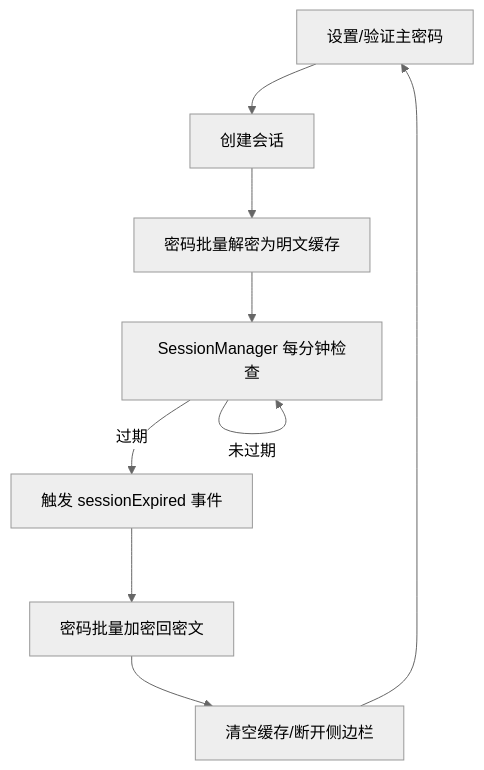
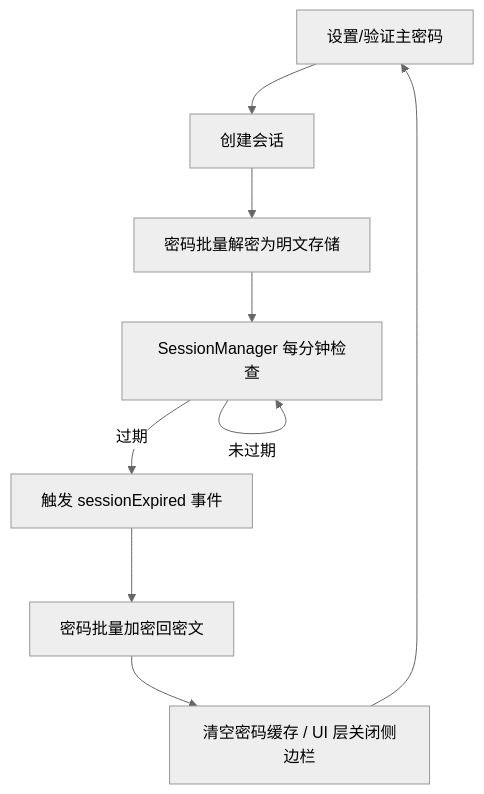
Before and after one commit to liaolongdong/account-password-helper: the second of 2 diagrams in README.md, drawn with Mermaid (neutral theme). The commit also changed other lines of this file, not shown here.

````diff
--- a/README.md
+++ b/README.md
@@ -184,11 +184,11 @@
 ```mermaid
 graph TB
     A[设置/验证主密码] --> B[创建会话]
-    B --> C[密码批量解密为明文缓存]
+    B --> C[密码批量解密为明文存储]
     C --> D[SessionManager 每分钟检查]
     D -->|未过期| D
     D -->|过期| E[触发 sessionExpired 事件]
     E --> F[密码批量加密回密文]
-    F --> G[清空缓存/断开侧边栏]
+    F --> G[清空密码缓存 / UI 层关闭侧边栏]
     G --> A
 ```
````
